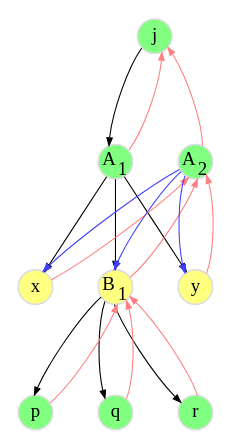
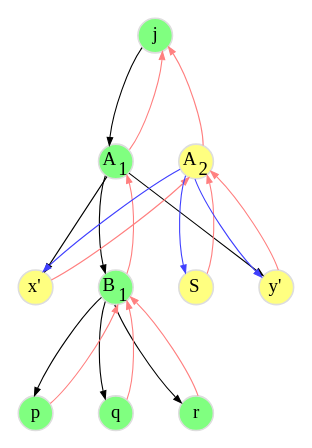
Before and after one commit to flatcap/dparted: the diagram in d3.gv, drawn with Graphviz. The commit also changed 3 other files, not shown here.

```diff
--- a/d3.gv
+++ b/d3.gv
@@ -1,58 +1,63 @@
 digraph d {
 	graph [
 		rankdir="TB"
 		bgcolor="white"
 		color="white"
 		nodesep="0.4"
 		ranksep="0.8"
 	];
 
 	node [
 		fontsize="12"
 		style="solid"
 		width="0.3"
 		height="0.3"
 		fixedsize="true"
 		penwidth="1.0"
 		color="#DDDDDD"
 	];
 
 	edge [
 		penwidth="0.7"
 		color="#000000"
 		arrowsize="0.5"
 	];
 
 
 	j  [ label=<j>             style="filled" fillcolor="#80ff80" ];
 	a1 [ label=<A<SUB>1</SUB>> style="filled" fillcolor="#80ff80" ];
-	x  [ label=<x>             style="filled" fillcolor="#ffff80" ];
-	b1 [ label=<B<SUB>1</SUB>> style="filled" fillcolor="#ffff80" ];
-	y  [ label=<y>             style="filled" fillcolor="#ffff80" ];
+	x  [ label=<x'>            style="filled" fillcolor="#ffff80" ];
+	b1 [ label=<B<SUB>1</SUB>> style="filled" fillcolor="#80ff80" ];
+	s  [ label=<S>             style="filled" fillcolor="#ffff80" ];
+	y  [ label=<y'>            style="filled" fillcolor="#ffff80" ];
 	p  [ label=<p>             style="filled" fillcolor="#80ff80" ];
 	q  [ label=<q>             style="filled" fillcolor="#80ff80" ];
 	r  [ label=<r>             style="filled" fillcolor="#80ff80" ];
-	a2 [ label=<A<SUB>2</SUB>> style="filled" fillcolor="#80ff80" ];
+	a2 [ label=<A<SUB>2</SUB>> style="filled" fillcolor="#ffff80" ];
 
 	j  -> a1;
 	a1 -> j   [ color="#ff8080" ];
 	a1 -> x;
 	x  -> a2  [ color="#ff8080" constraint=false ];
 	a1 -> b1;
-	b1 -> a2  [ color="#ff8080" constraint=false ];
+	b1 -> a1  [ color="#ff8080" ];
 	a1 -> y;
 	y  -> a2  [ color="#ff8080" constraint=false ];
 	b1 -> p;
 	p  -> b1  [ color="#ff8080" ];
 	b1 -> q;
 	q  -> b1  [ color="#ff8080" ];
 	b1 -> r;
 	r  -> b1  [ color="#ff8080" ];
 
 	j -> a2 [ style=invis ];
 
 	a2 -> j  [ color="#ff8080"     ];
 	a2 -> x  [ color="#4040ff" constraint=false ];
-	a2 -> b1 [ color="#4040ff" constraint=false ];
+	a2 -> s  [ color="#4040ff" constraint=false ];
 	a2 -> y  [ color="#4040ff" constraint=false ];
+	s  -> a2 [ color="#ff8080" constraint=false ];
+
+	x -> b1 -> s -> y [ style=invis ];
+	{ rank=same x b1 s y }
 }
```
